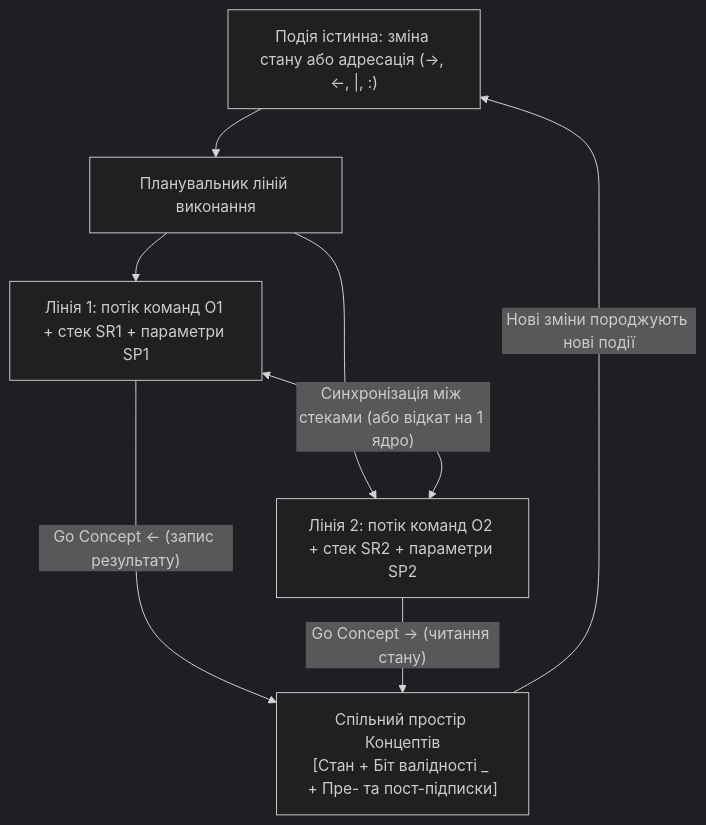
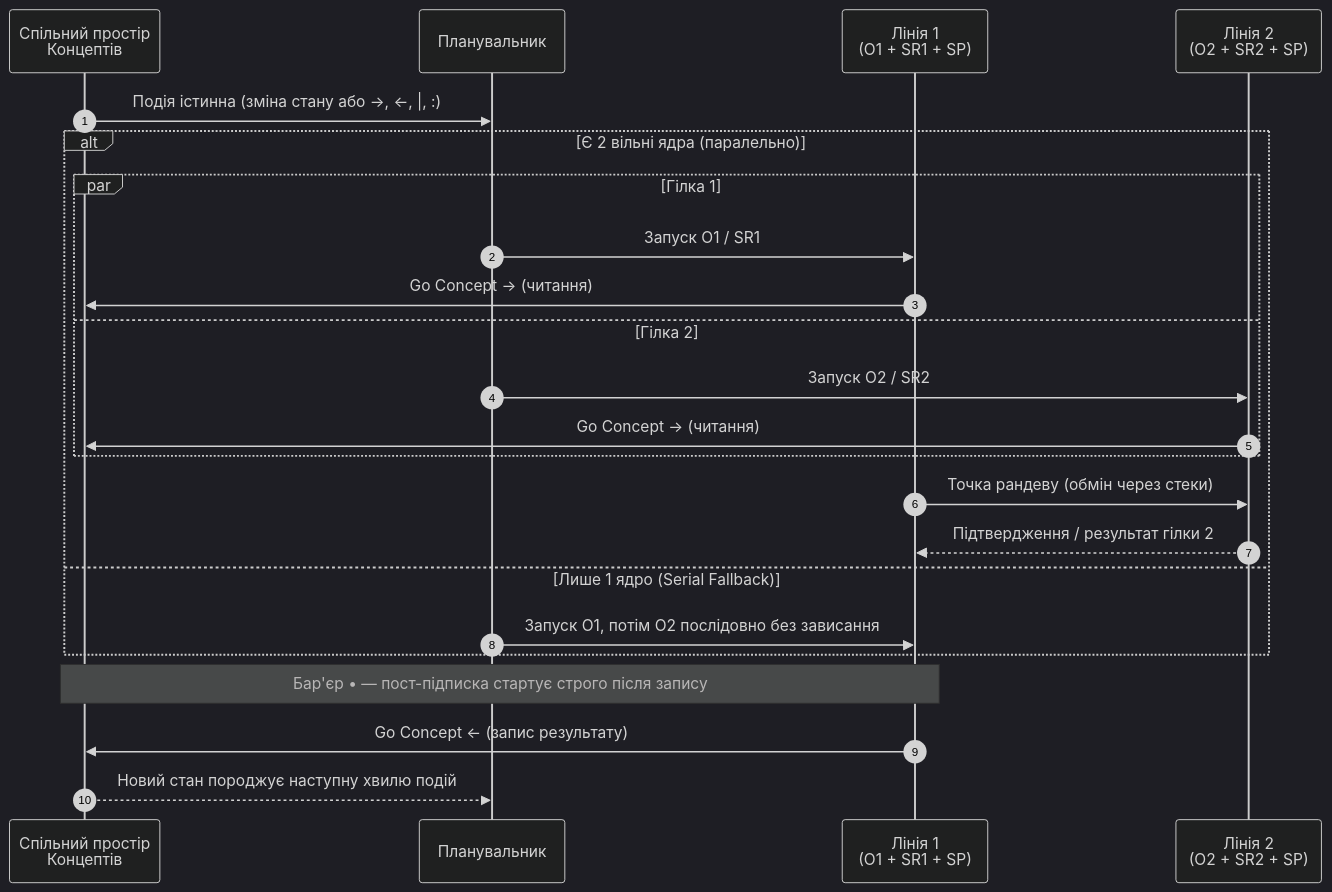
Before and after one commit to nick-fedchik/kuzmin-machine: the third of 7 diagrams in Articles/DOU_Article_Kuzmin_Machine_Popular_UA.md, drawn with Mermaid (dark theme). The commit also changed other lines of this file, not shown here.

Commit message:
docs(articles): update DOU popular article Mermaid diagrams and clean header (v1.2.0)

````diff
--- a/Articles/DOU_Article_Kuzmin_Machine_Popular_UA.md
+++ b/Articles/DOU_Article_Kuzmin_Machine_Popular_UA.md
@@ -140,10 +166,26 @@
 ```mermaid
-flowchart TD
-    Event["Подія істинна: зміна стану або адресація (→, ←, |, :)"] --> Sched["Планувальник ліній виконання"]
-    Sched --> Line1["Лінія 1: потік команд O1 + стек SR1 + параметри SP1"]
-    Sched --> Line2["Лінія 2: потік команд O2 + стек SR2 + параметри SP2"]
-    Line1 <-->|"Синхронізація між стеками (або відкат на 1 ядро)"| Line2
-    Line1 -->|"Go Concept ← (запис результату)"| Mem["Спільний простір Концептів<br/>[Стан + Біт валідності _ + Пре- та пост-підписки]"]
-    Line2 -->|"Go Concept → (читання стану)"| Mem
-    Mem -->|"Нові зміни породжують нові події"| Event
+sequenceDiagram
+    autonumber
+    participant Mem as Спільний простір<br/>Концептів
+    participant Sched as Планувальник
+    participant L1 as Лінія 1<br/>(O1 + SR1 + SP)
+    participant L2 as Лінія 2<br/>(O2 + SR2 + SP)
+
+    Mem->>Sched: Подія істинна (зміна стану або →, ←, |, :)
+    alt Є 2 вільні ядра (паралельно)
+        par Гілка 1
+            Sched->>L1: Запуск O1 / SR1
+            L1->>Mem: Go Concept → (читання)
+        and Гілка 2
+            Sched->>L2: Запуск O2 / SR2
+            L2->>Mem: Go Concept → (читання)
+        end
+        L1->>L2: Точка рандеву (обмін через стеки)
+        L2-->>L1: Підтвердження / результат гілки 2
+    else Лише 1 ядро (Serial Fallback)
+        Sched->>L1: Запуск O1, потім O2 послідовно без зависання
+    end
+    Note over L1,Mem: Бар'єр • — пост-підписка стартує строго після запису
+    L1->>Mem: Go Concept ← (запис результату)
+    Mem-->>Sched: Новий стан породжує наступну хвилю подій
 ```
````
